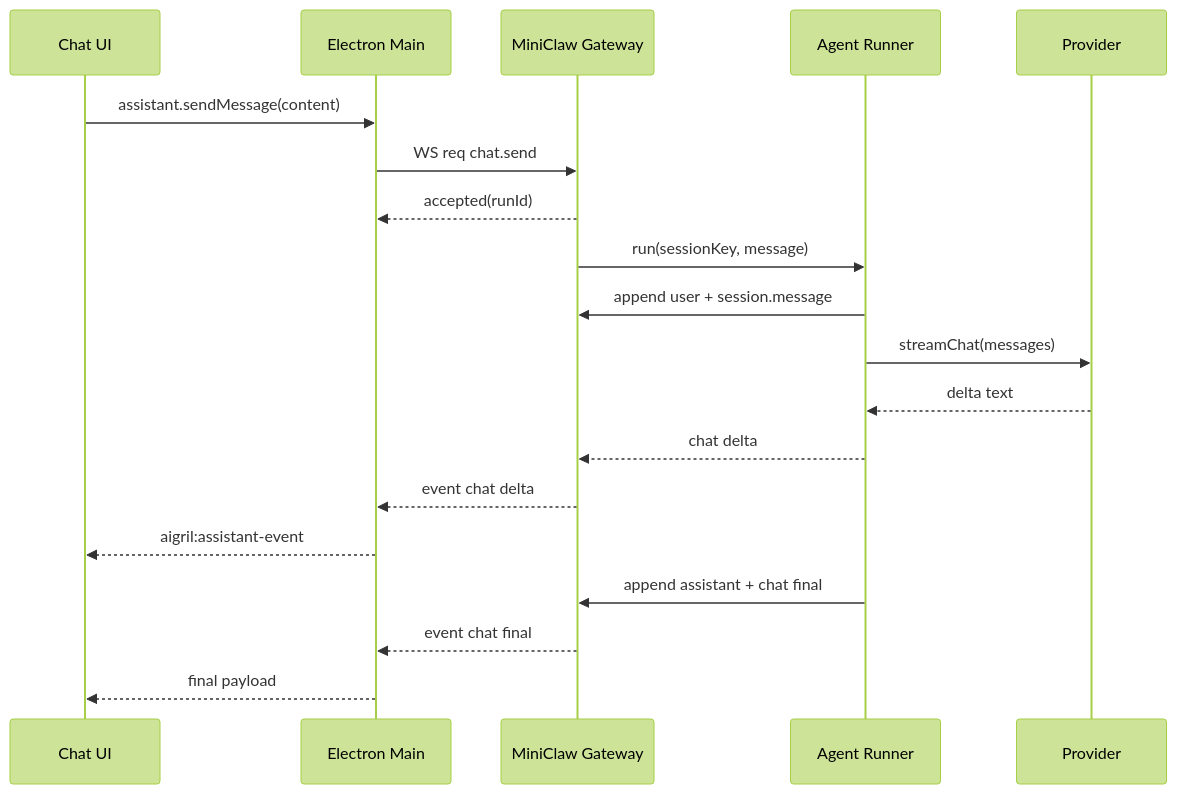
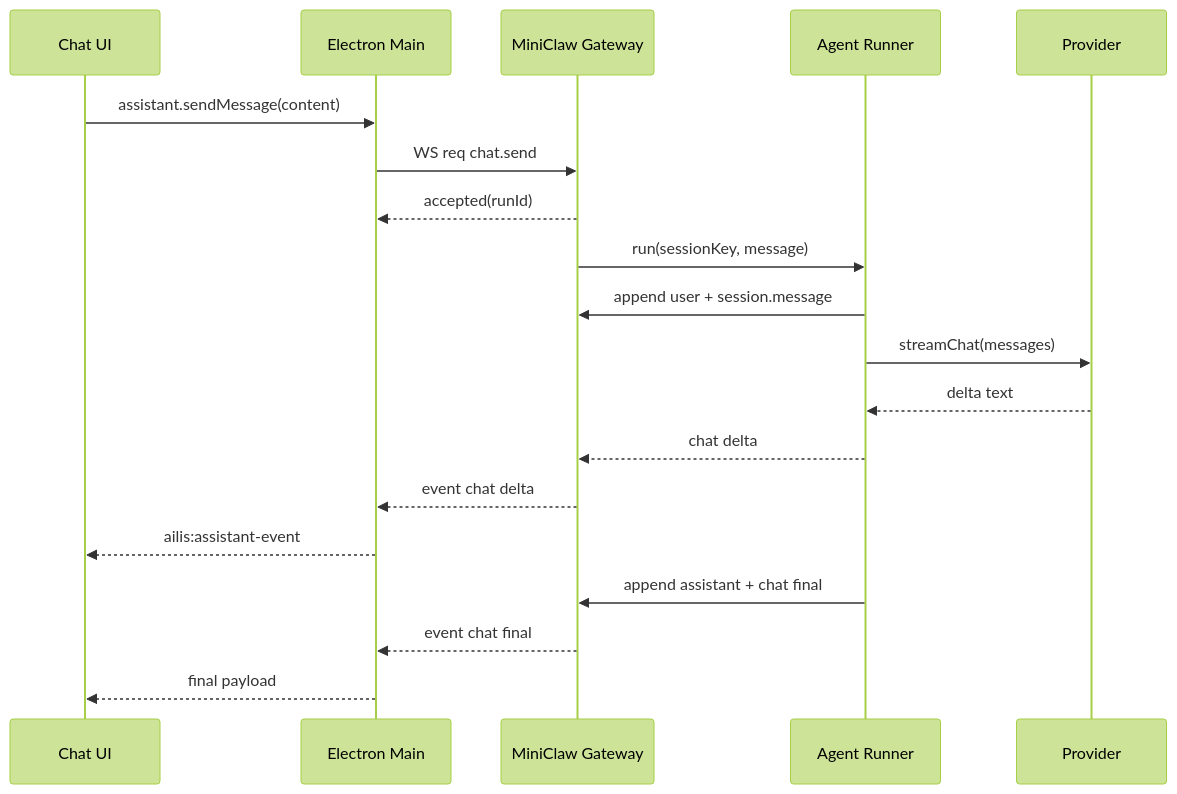
Before and after one commit to haowenGuo/AILIS: the diagram in docs/openclaw-from-zero.md, drawn with Mermaid (forest theme). The commit also changed other lines of this file and 292 other files, not shown here.

````diff
--- a/docs/openclaw-from-zero.md
+++ b/docs/openclaw-from-zero.md
@@ -710,22 +710,22 @@
 ```mermaid
 sequenceDiagram
   participant UI as Chat UI
   participant Main as Electron Main
   participant GW as MiniClaw Gateway
   participant Agent as Agent Runner
   participant LLM as Provider
 
   UI->>Main: assistant.sendMessage(content)
   Main->>GW: WS req chat.send
   GW-->>Main: accepted(runId)
   GW->>Agent: run(sessionKey, message)
   Agent->>GW: append user + session.message
   Agent->>LLM: streamChat(messages)
   LLM-->>Agent: delta text
   Agent-->>GW: chat delta
   GW-->>Main: event chat delta
-  Main-->>UI: aigril:assistant-event
+  Main-->>UI: ailis:assistant-event
   Agent->>GW: append assistant + chat final
   GW-->>Main: event chat final
   Main-->>UI: final payload
 ```
````
